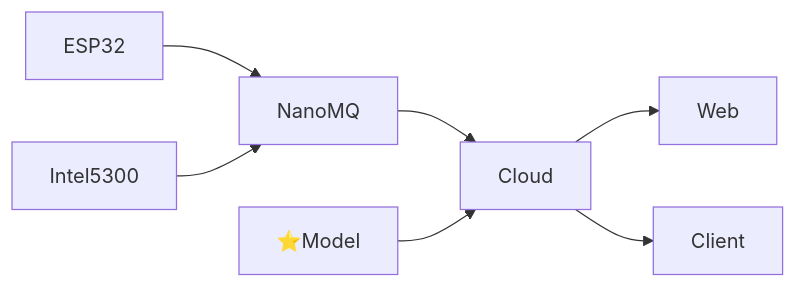
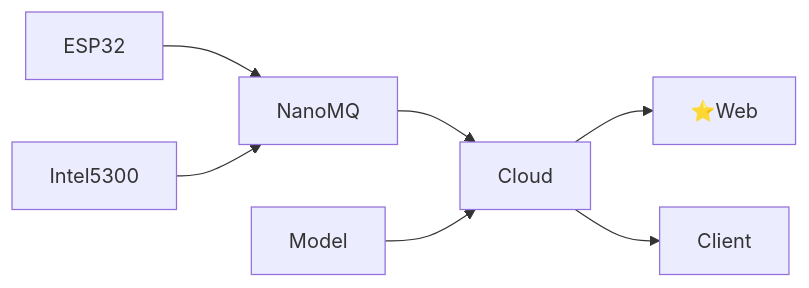
One commit to aoxuexinghuo/wiguard changed the diagram in README.md. Above: the diagram before and after it, drawn with Mermaid.

````diff
--- a/README.md
+++ b/README.md
@@ -21,10 +21,10 @@
 ```mermaid
 graph LR
 
 ESP32-->NanoMQ
 Intel5300-->NanoMQ
 NanoMQ-->Cloud
-Model[⭐Model]-->Cloud
-Cloud-->Web
+Model-->Cloud
+Cloud-->Web[⭐Web]
 Cloud-->Client
 ```
````
